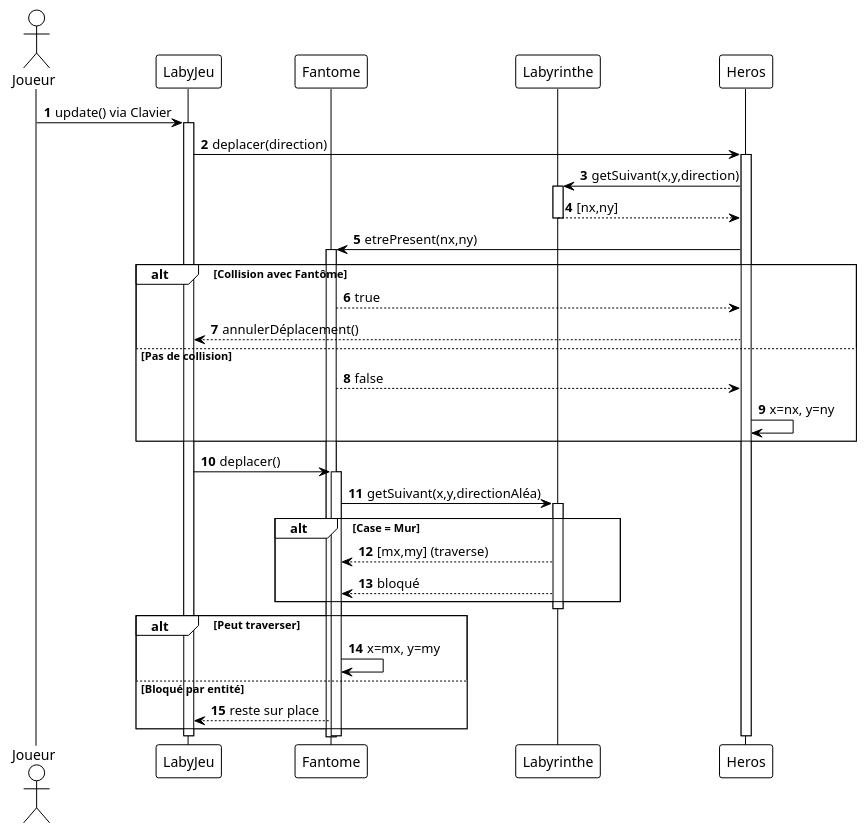
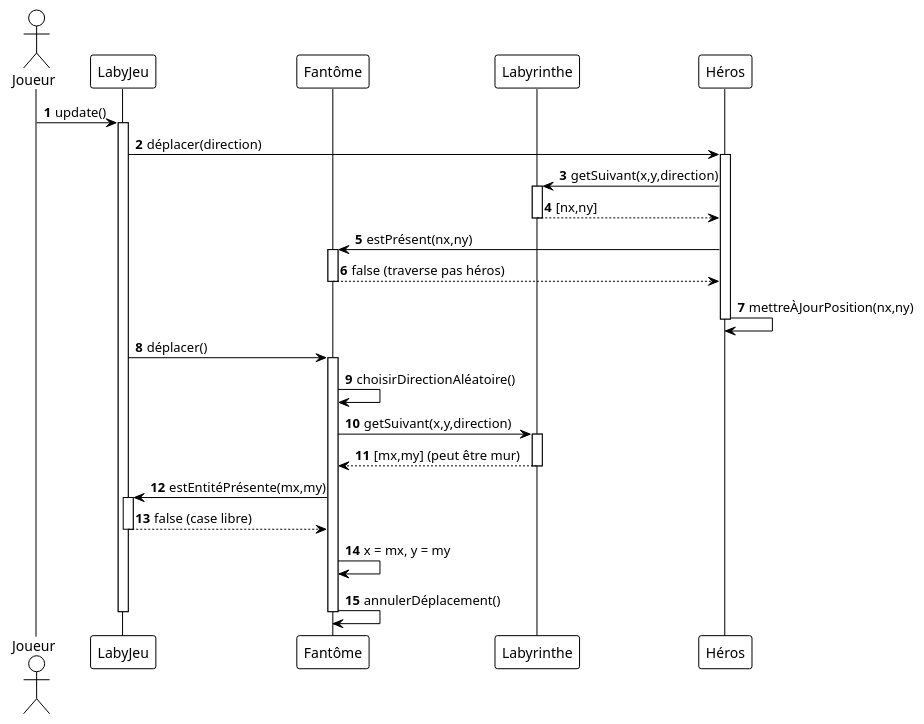
The diagram in documents/version_4/DS_Fantomes.puml (crochetremi/2025_Zeldiablo2_e20157u_e82008u_e89209u_e26078u), drawn with PlantUML before and after one commit.

Commit message:
diagramme de sequence fantomes v2

```diff
--- a/documents/version_4/DS_Fantomes.puml
+++ b/documents/version_4/DS_Fantomes.puml
@@ -1,55 +1,50 @@
 @startuml
 !theme plain
 autonumber
 
 actor Joueur
-participant LabyJeu
-participant Fantome
-participant Labyrinthe
-participant Heros
+participant "LabyJeu" as LabyJeu
+participant "Fantôme" as Fantome
+participant "Labyrinthe" as Labyrinthe
+participant "Héros" as Heros
 
-Joueur -> LabyJeu : update() via Clavier
+Joueur -> LabyJeu : update()
 activate LabyJeu
 
-LabyJeu -> Heros : deplacer(direction)
+LabyJeu -> Heros : déplacer(direction)
 activate Heros
 
 Heros -> Labyrinthe : getSuivant(x,y,direction)
 activate Labyrinthe
 Labyrinthe --> Heros : [nx,ny]
 deactivate Labyrinthe
 
-Heros -> Fantome : etrePresent(nx,ny)
+Heros -> Fantome : estPrésent(nx,ny)
+activate Fantome
+Fantome --> Heros : false (traverse pas héros)
+deactivate Fantome
+
+Heros -> Heros : mettreÀJourPosition(nx,ny)
+
+deactivate Heros
+
+LabyJeu -> Fantome : déplacer()
 activate Fantome
 
-alt Collision avec Fantôme
-    Fantome --> Heros : true
-    Heros --> LabyJeu : annulerDéplacement()
-else Pas de collision
-    Fantome --> Heros : false
-    Heros -> Heros : x=nx, y=ny
-end
-
-LabyJeu -> Fantome : deplacer()
-activate Fantome
-
-Fantome -> Labyrinthe : getSuivant(x,y,directionAléa)
+Fantome -> Fantome : choisirDirectionAléatoire()
+Fantome -> Labyrinthe : getSuivant(x,y,direction)
 activate Labyrinthe
-
-alt Case = Mur
-    Labyrinthe --> Fantome : [mx,my] (traverse)
-    Labyrinthe --> Fantome : bloqué
-end
-
+Labyrinthe --> Fantome : [mx,my] (peut être mur)
 deactivate Labyrinthe
 
-alt Peut traverser
-    Fantome -> Fantome : x=mx, y=my
-else Bloqué par entité
-    Fantome --> LabyJeu : reste sur place
-end
+Fantome -> LabyJeu : estEntitéPrésente(mx,my)
+activate LabyJeu
+LabyJeu --> Fantome : false (case libre)
+deactivate LabyJeu
+
+    Fantome -> Fantome : x = mx, y = my
+    Fantome -> Fantome : annulerDéplacement()
 
 deactivate Fantome
-deactivate Heros
 deactivate LabyJeu
 @enduml
```
